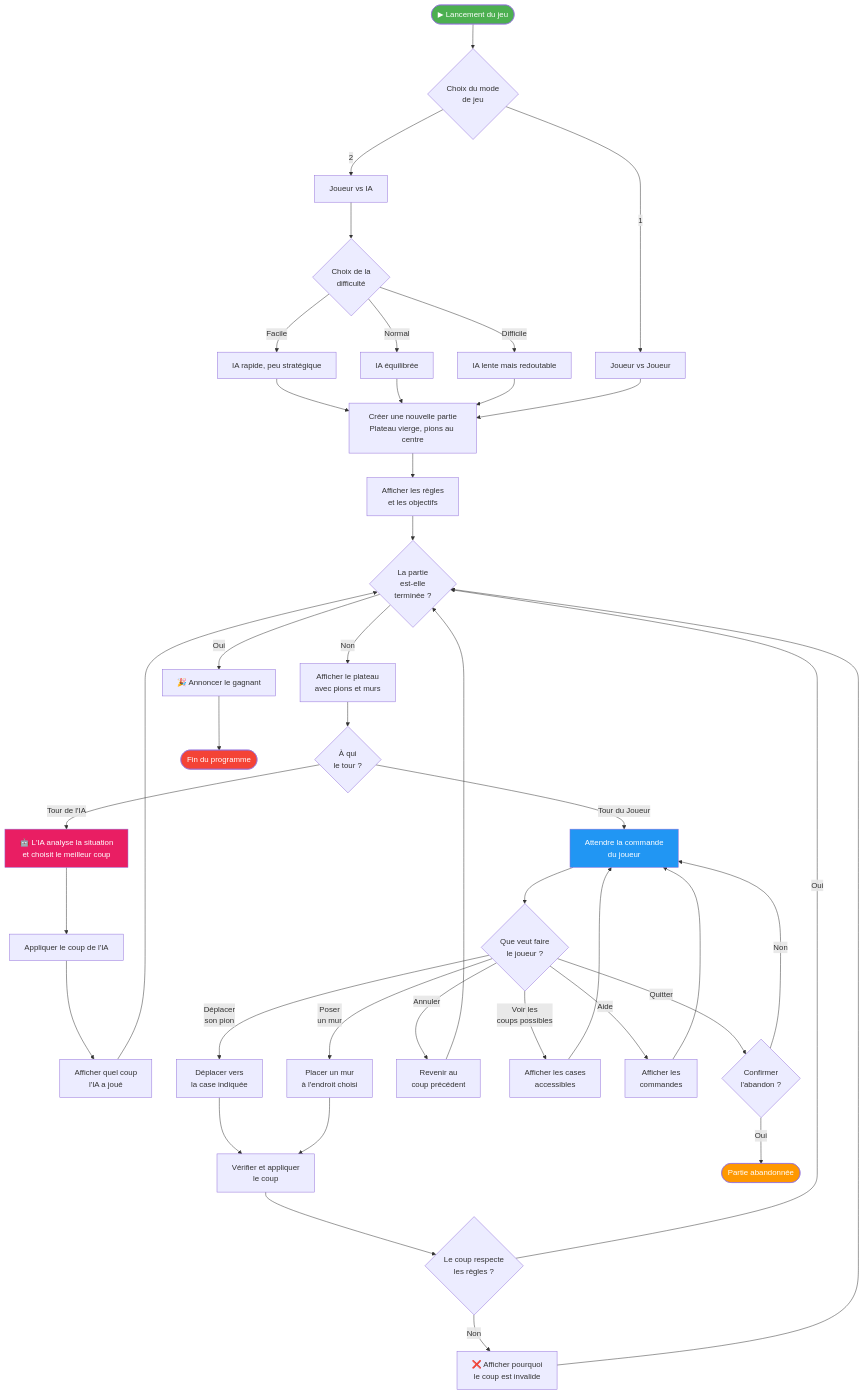
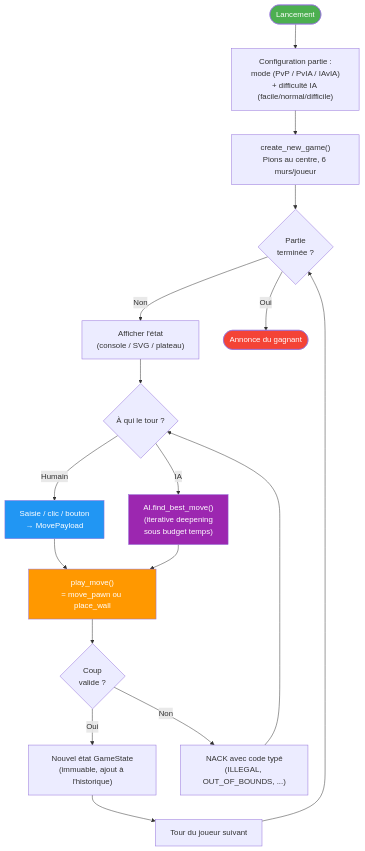
One commit to Silou1/Projet_mecatronique_I3 changed the third of 3 diagrams in docs/flowcharts/01_vue_generale.md. Above: the diagram before and after it, drawn with Mermaid. The commit also changed other lines of this file and 50 other files, not shown here.

First line of the commit message:
feat(docs): update flowcharts for Quoridor project architecture and logic

````diff
--- a/docs/flowcharts/01_vue_generale.md
+++ b/docs/flowcharts/01_vue_generale.md
@@ -30,64 +106,32 @@
 ```mermaid
 flowchart TD
-    START(["▶ Lancement du jeu"]) --> MODE
+    START(["Lancement"]) --> CONFIG["Configuration partie :<br/>mode (PvP / PvIA / IAvIA)<br/>+ difficulté IA (facile/normal/difficile)"]
 
-    MODE{"Choix du mode<br/>de jeu"}
-    MODE -->|"1"| PVP["Joueur vs Joueur"]
-    MODE -->|"2"| PVIA["Joueur vs IA"]
-    PVIA --> DIFF{"Choix de la<br/>difficulté"}
-    DIFF -->|"Facile"| EASY["IA rapide, peu stratégique"]
-    DIFF -->|"Normal"| NORMAL["IA équilibrée"]
-    DIFF -->|"Difficile"| HARD["IA lente mais redoutable"]
-    EASY --> INIT
-    NORMAL --> INIT
-    HARD --> INIT
-    PVP --> INIT
+    CONFIG --> INIT["create_new_game()<br/>Pions au centre, 6 murs/joueur"]
+    INIT --> LOOP
 
-    INIT["Créer une nouvelle partie<br/>Plateau vierge, pions au centre"] --> WELCOME["Afficher les règles<br/>et les objectifs"]
-    WELCOME --> LOOP
+    LOOP{"Partie<br/>terminée ?"}
+    LOOP -->|Non| RENDER["Afficher l'état<br/>(console / SVG / plateau)"]
+    LOOP -->|Oui| END(["Annonce du gagnant"])
 
-    LOOP{"La partie<br/>est-elle<br/>terminée ?"}
-    LOOP -->|Non| DISPLAY["Afficher le plateau<br/>avec pions et murs"]
-    LOOP -->|Oui| END_GAME
+    RENDER --> WHO{"À qui le tour ?"}
+    WHO -->|"Humain"| HUMAN["Saisie / clic / bouton<br/>→ MovePayload"]
+    WHO -->|"IA"| AI_THINK["AI.find_best_move()<br/>(iterative deepening<br/>sous budget temps)"]
 
-    DISPLAY --> WHO{"À qui<br/>le tour ?"}
-    WHO -->|"Tour de l'IA"| AI_TURN
-    WHO -->|"Tour du Joueur"| HUMAN_TURN
+    HUMAN --> VALIDATE["play_move()<br/>= move_pawn ou place_wall"]
+    AI_THINK --> VALIDATE
 
-    %% --- Tour IA ---
-    AI_TURN["🤖 L'IA analyse la situation<br/>et choisit le meilleur coup"] --> AI_PLAY["Appliquer le coup de l'IA"]
-    AI_PLAY --> AI_DISPLAY["Afficher quel coup<br/>l'IA a joué"]
-    AI_DISPLAY --> LOOP
+    VALIDATE --> OK{"Coup<br/>valide ?"}
+    OK -->|Oui| NEW_STATE["Nouvel état GameState<br/>(immuable, ajout à l'historique)"]
+    OK -->|Non| ERR["NACK avec code typé<br/>(ILLEGAL, OUT_OF_BOUNDS, ...)"]
 
-    %% --- Tour Humain ---
-    HUMAN_TURN["Attendre la commande<br/>du joueur"] --> PARSE{"Que veut faire<br/>le joueur ?"}
+    NEW_STATE --> NEXT["Tour du joueur suivant"]
+    ERR --> WHO
+    NEXT --> LOOP
 
-    PARSE -->|"Déplacer<br/>son pion"| MOVE_CMD["Déplacer vers<br/>la case indiquée"]
-    PARSE -->|"Poser<br/>un mur"| WALL_CMD["Placer un mur<br/>à l'endroit choisi"]
-    PARSE -->|"Annuler"| UNDO_CMD["Revenir au<br/>coup précédent"]
-    PARSE -->|"Voir les<br/>coups possibles"| SHOW_MOVES["Afficher les cases<br/>accessibles"]
-    PARSE -->|"Aide"| HELP["Afficher les<br/>commandes"]
-    PARSE -->|"Quitter"| QUIT_CONFIRM{"Confirmer<br/>l'abandon ?"}
-
-    MOVE_CMD --> TRY_PLAY
-    WALL_CMD --> TRY_PLAY
-    TRY_PLAY["Vérifier et appliquer<br/>le coup"] --> VALID{"Le coup respecte<br/>les règles ?"}
-    VALID -->|Oui| LOOP
-    VALID -->|Non| ERROR["❌ Afficher pourquoi<br/>le coup est invalide"] --> LOOP
-
-    UNDO_CMD --> LOOP
-    SHOW_MOVES --> HUMAN_TURN
-    HELP --> HUMAN_TURN
-    QUIT_CONFIRM -->|Oui| ABANDON(["Partie abandonnée"])
-    QUIT_CONFIRM -->|Non| HUMAN_TURN
-
-    %% --- Fin de partie ---
-    END_GAME["🎉 Annoncer le gagnant"] --> END_SCREEN(["Fin du programme"])
-
-    %% --- Styles ---
     style START fill:#4CAF50,color:#fff
-    style END_SCREEN fill:#f44336,color:#fff
-    style ABANDON fill:#ff9800,color:#fff
-    style AI_TURN fill:#E91E63,color:#fff
-    style HUMAN_TURN fill:#2196F3,color:#fff
+    style END fill:#f44336,color:#fff
+    style AI_THINK fill:#9C27B0,color:#fff
+    style HUMAN fill:#2196F3,color:#fff
+    style VALIDATE fill:#FF9800,color:#fff
 ```
````
